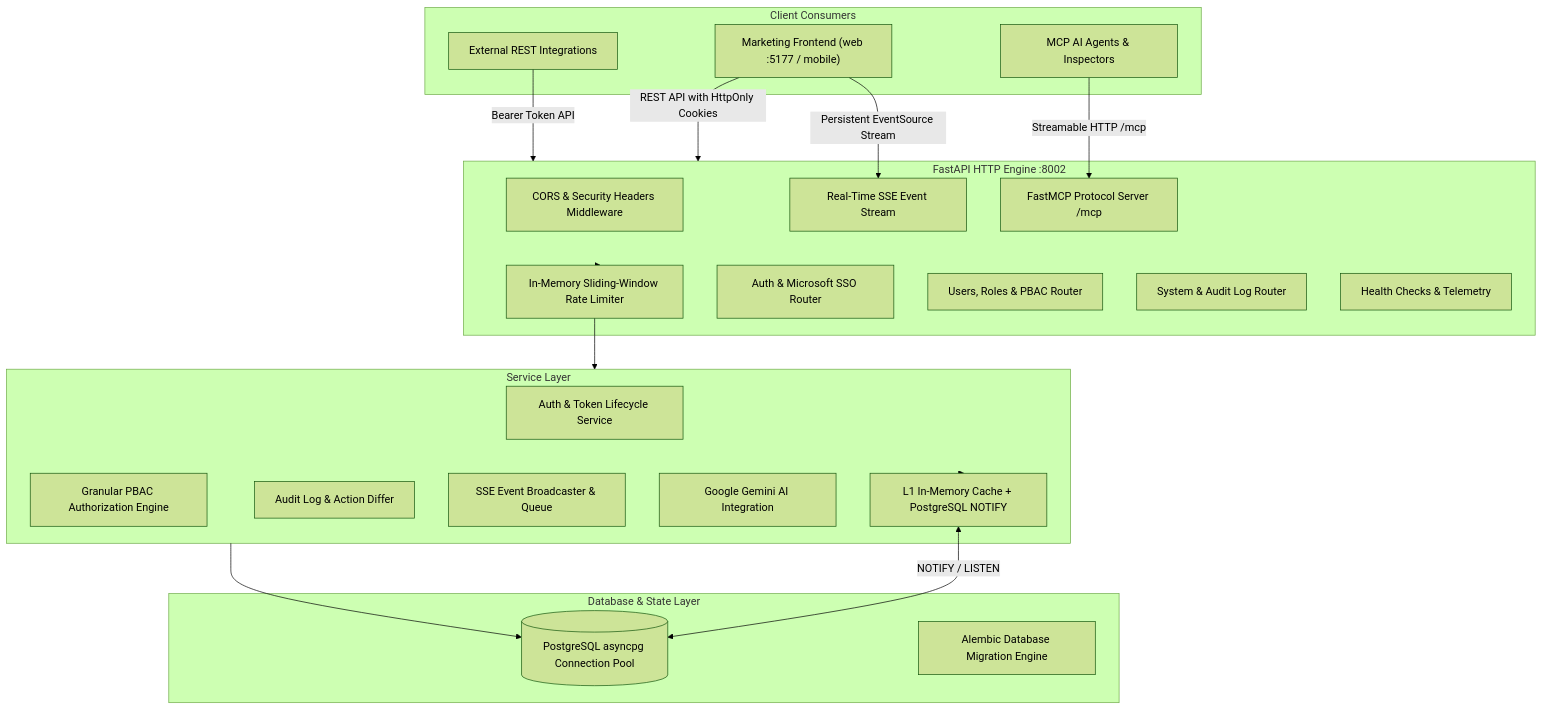
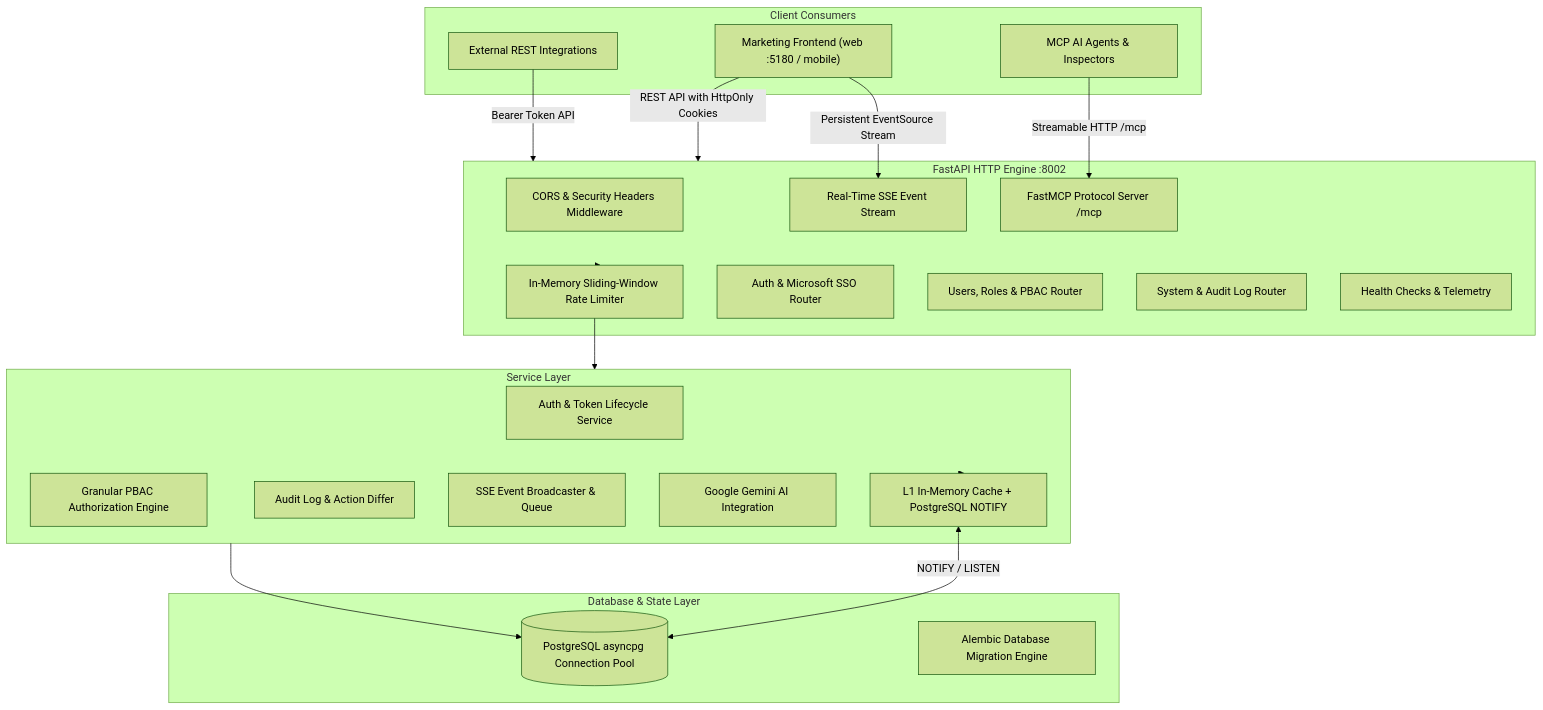
One commit to Rachad-Zenatech/internal_portal_marketing_back changed the diagram in README.md. Above: the diagram before and after it, drawn with Mermaid (forest theme). The commit also changed other lines of this file and 12 other files, not shown here.

````diff
--- a/README.md
+++ b/README.md
@@ -9,44 +9,44 @@
 ```mermaid
 flowchart TD
     subgraph ClientLayer [Client Consumers]
-        FrontApp["Marketing Frontend (web :5177 / mobile)"]
+        FrontApp["Marketing Frontend (web :5180 / mobile)"]
         MCPClient[MCP AI Agents & Inspectors]
         ThirdParty[External REST Integrations]
     end
 
     subgraph APIGateway [FastAPI HTTP Engine :8002]
         CORS[CORS & Security Headers Middleware]
         RateLimit[In-Memory Sliding-Window Rate Limiter]
         AuthRouter[Auth & Microsoft SSO Router]
         RBACRouter[Users, Roles & PBAC Router]
         LogRouter[System & Audit Log Router]
         NotifRouter[Real-Time SSE Event Stream]
         ObsRouter[Health Checks & Telemetry]
         MCPEndpoint[FastMCP Protocol Server /mcp]
     end
 
     subgraph CoreServices [Service Layer]
         AuthService[Auth & Token Lifecycle Service]
         RBACService[Granular PBAC Authorization Engine]
         CacheService[L1 In-Memory Cache + PostgreSQL NOTIFY]
         AuditService[Audit Log & Action Differ]
         NotificationService[SSE Event Broadcaster & Queue]
         GeminiService[Google Gemini AI Integration]
     end
 
     subgraph DataPersistence [Database & State Layer]
         PG[(PostgreSQL asyncpg Connection Pool)]
         Alembic[Alembic Database Migration Engine]
     end
 
     FrontApp -->|REST API with HttpOnly Cookies| APIGateway
     FrontApp -->|Persistent EventSource Stream| NotifRouter
     MCPClient -->|Streamable HTTP /mcp| MCPEndpoint
     ThirdParty -->|Bearer Token API| APIGateway
 
     APIGateway --> RateLimit
     RateLimit --> CoreServices
     CoreServices --> CacheService
     CoreServices --> PG
     CacheService <-->|NOTIFY / LISTEN| PG
 ```
````
